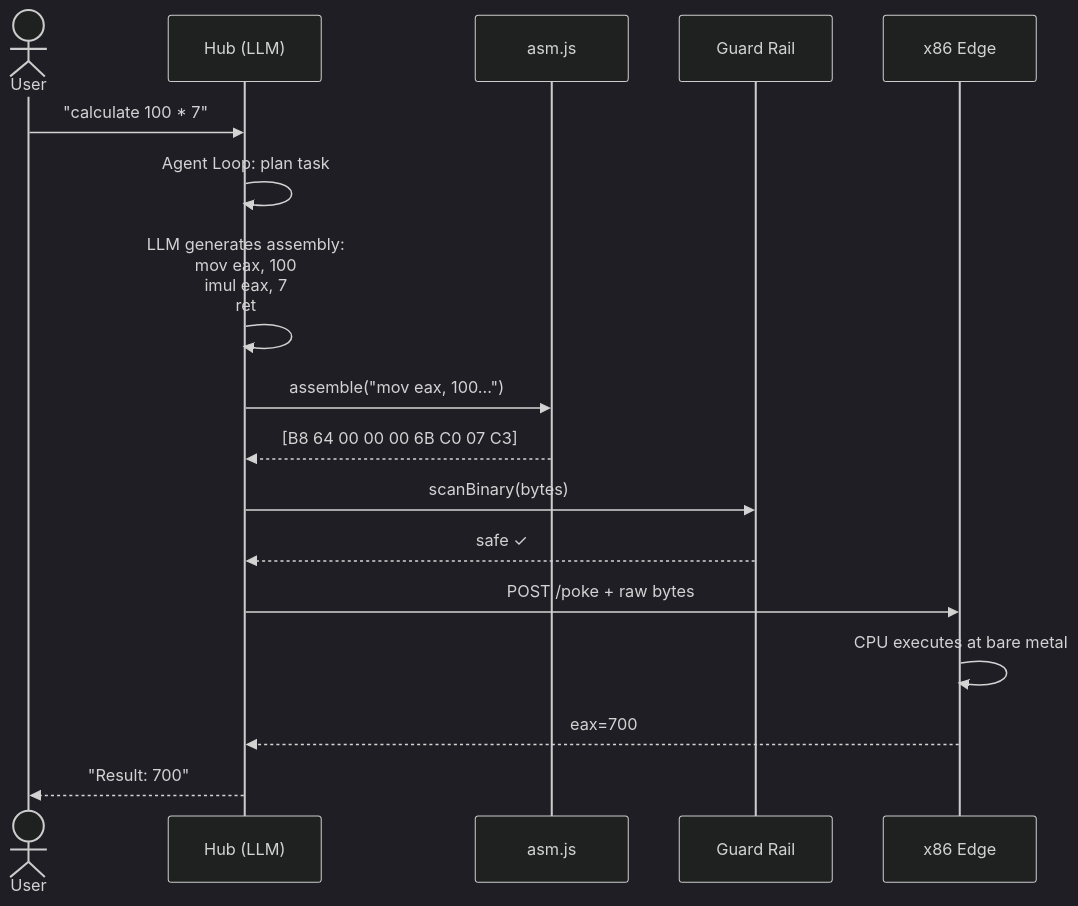
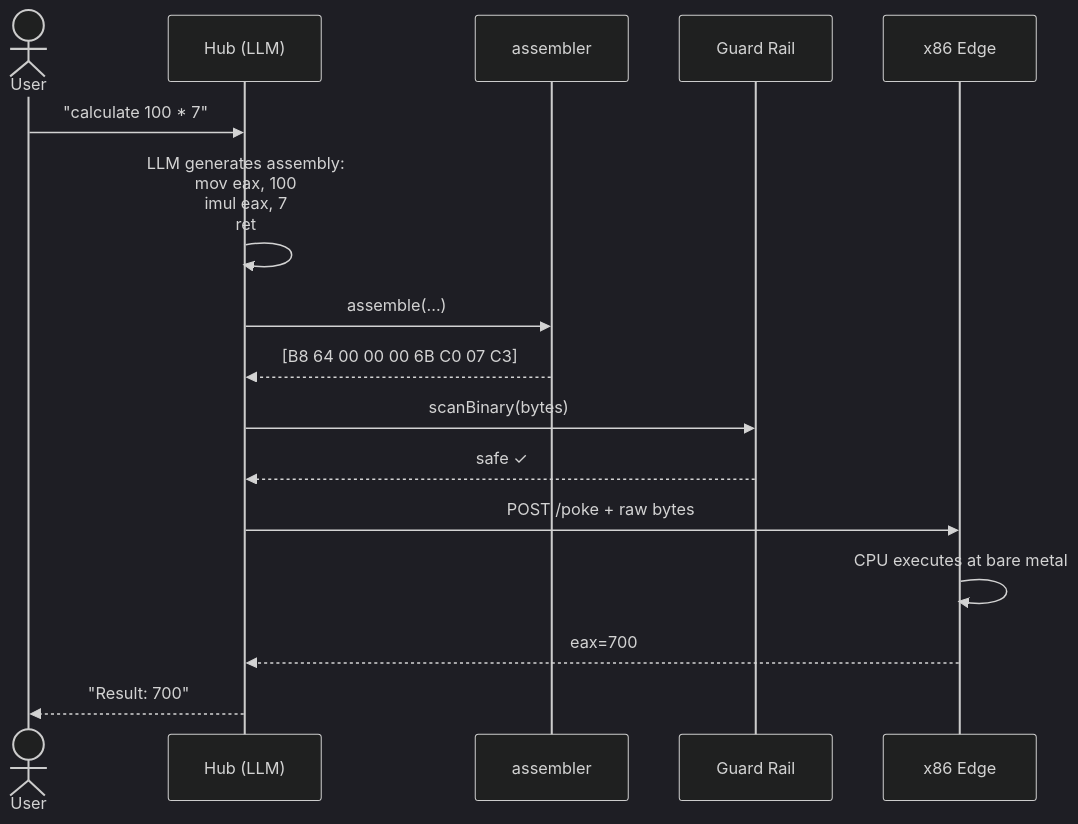
Before and after one commit to CSP911/poke: the second of 2 diagrams in README.md, drawn with Mermaid (dark theme). The commit also changed other lines of this file, not shown here.

````diff
--- a/README.md
+++ b/README.md
@@ -279,20 +239,19 @@
 ```mermaid
 sequenceDiagram
     actor User
     participant Hub as Hub (LLM)
-    participant ASM as asm.js
+    participant ASM as assembler
     participant Guard as Guard Rail
     participant Edge as x86 Edge
 
     User->>Hub: "calculate 100 * 7"
-    Hub->>Hub: Agent Loop: plan task
     Hub->>Hub: LLM generates assembly:<br/>mov eax, 100<br/>imul eax, 7<br/>ret
-    Hub->>ASM: assemble("mov eax, 100...")
+    Hub->>ASM: assemble(...)
     ASM-->>Hub: [B8 64 00 00 00 6B C0 07 C3]
     Hub->>Guard: scanBinary(bytes)
     Guard-->>Hub: safe ✓
     Hub->>Edge: POST /poke + raw bytes
     Edge->>Edge: CPU executes at bare metal
     Edge-->>Hub: eax=700
     Hub-->>User: "Result: 700"
 ```
````
